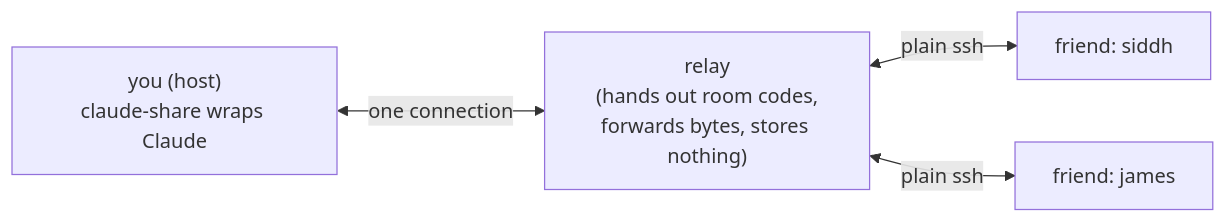
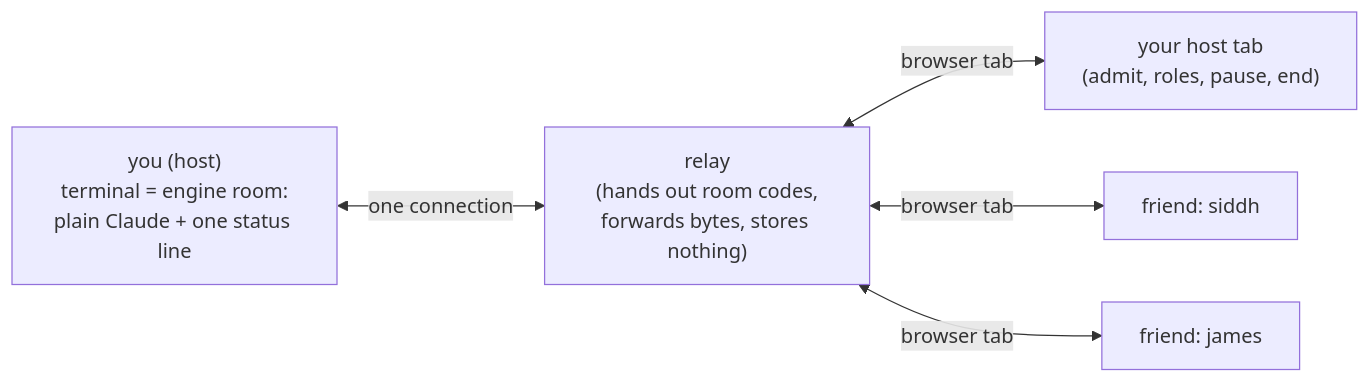
Before and after one commit to ir272/claudecollab: the diagram in README.md, drawn with Mermaid. The commit also changed other lines of this file and 7 other files, not shown here.

````diff
--- a/README.md
+++ b/README.md
@@ -7,6 +7,7 @@
 ```mermaid
 flowchart LR
-    H["you (host)<br/>claude-share wraps Claude"] <-->|one connection| R["relay<br/>(hands out room codes,<br/>forwards bytes, stores nothing)"]
-    R <-->|plain ssh| G1["friend: siddh"]
-    R <-->|plain ssh| G2["friend: james"]
+    H["you (host)<br/>terminal = engine room:<br/>plain Claude + one status line"] <-->|one connection| R["relay<br/>(hands out room codes,<br/>forwards bytes, stores nothing)"]
+    R <-->|browser tab| HT["your host tab<br/>(admit, roles, pause, end)"]
+    R <-->|browser tab| G1["friend: siddh"]
+    R <-->|browser tab| G2["friend: james"]
 ```
````
